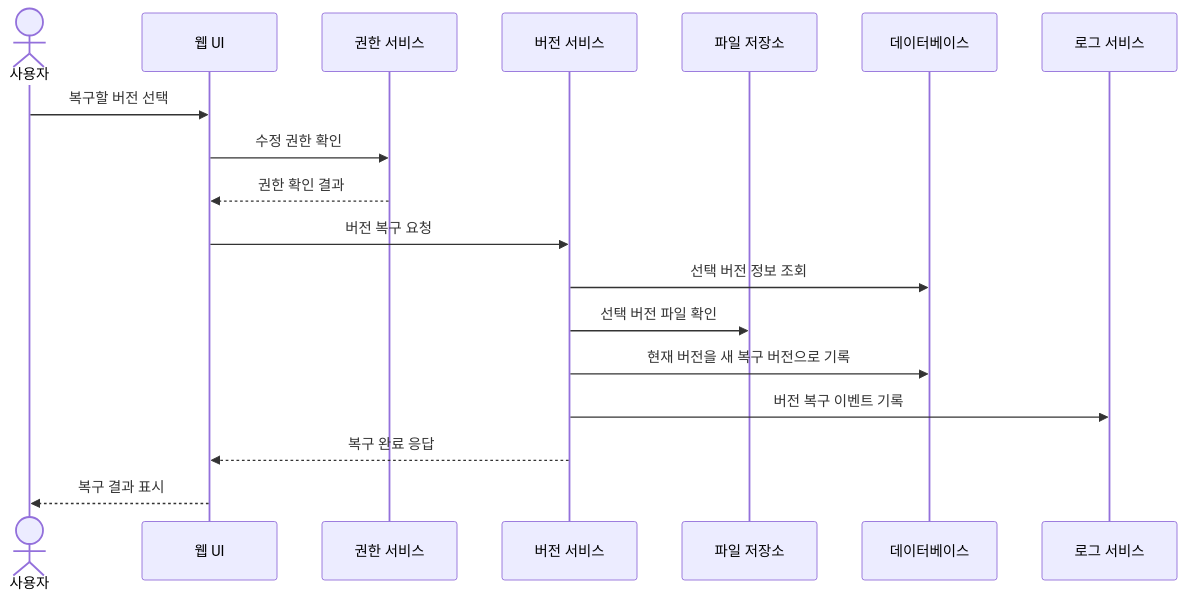
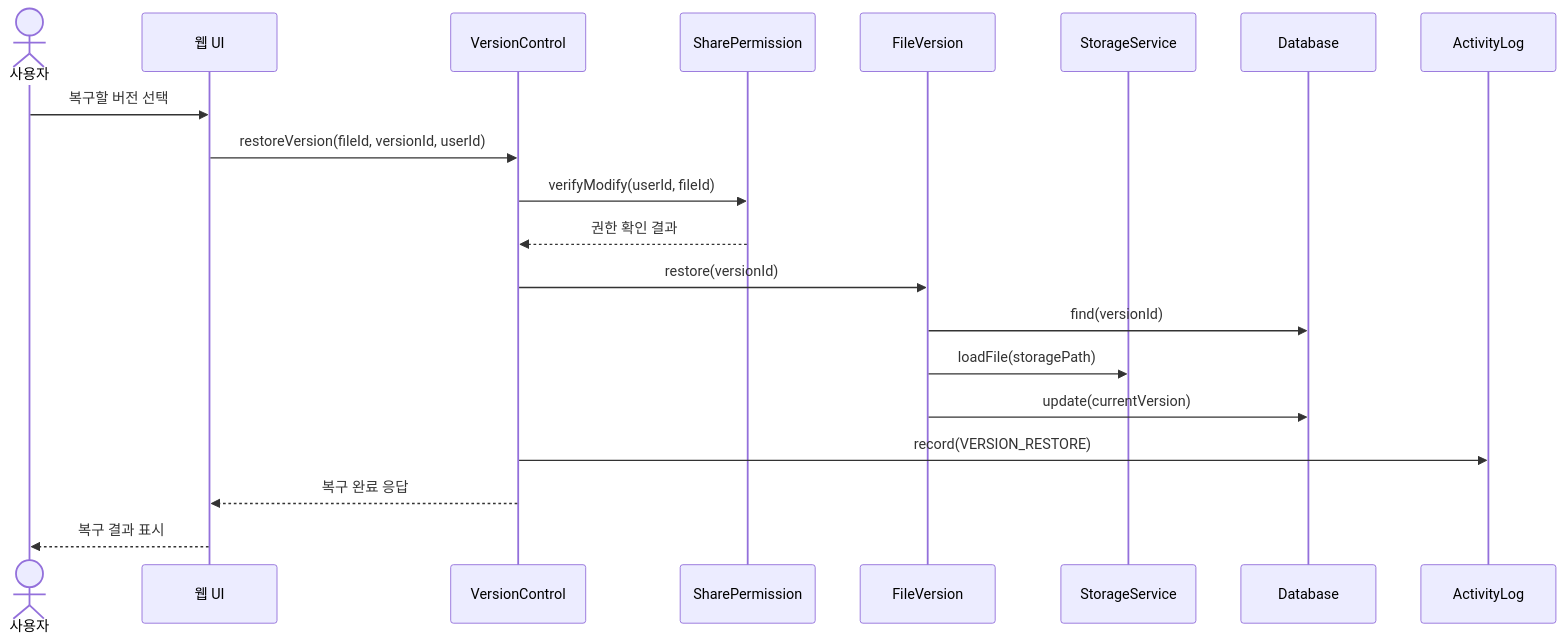
Before and after one commit to trymimi/se: the diagram in doc/diagrams/sequence-version.mmd, drawn with Mermaid. The commit also changed 14 other files, not shown here.

Commit message:
요구사항 분석서: control 클래스 추가 및 다이어그램 정합

```diff
--- a/doc/diagrams/sequence-version.mmd
+++ b/doc/diagrams/sequence-version.mmd
@@ -1,19 +1,21 @@
 sequenceDiagram
     actor 사용자
     participant UI as 웹 UI
-    participant Auth as 권한 서비스
-    participant Version as 버전 서비스
-    participant Storage as 파일 저장소
-    participant DB as 데이터베이스
-    participant Log as 로그 서비스
+    participant Ctrl as VersionControl
+    participant Perm as SharePermission
+    participant Ver as FileVersion
+    participant Storage as StorageService
+    participant DB as Database
+    participant Log as ActivityLog
 
     사용자->>UI: 복구할 버전 선택
-    UI->>Auth: 수정 권한 확인
-    Auth-->>UI: 권한 확인 결과
-    UI->>Version: 버전 복구 요청
-    Version->>DB: 선택 버전 정보 조회
-    Version->>Storage: 선택 버전 파일 확인
-    Version->>DB: 현재 버전을 새 복구 버전으로 기록
-    Version->>Log: 버전 복구 이벤트 기록
-    Version-->>UI: 복구 완료 응답
+    UI->>Ctrl: restoreVersion(fileId, versionId, userId)
+    Ctrl->>Perm: verifyModify(userId, fileId)
+    Perm-->>Ctrl: 권한 확인 결과
+    Ctrl->>Ver: restore(versionId)
+    Ver->>DB: find(versionId)
+    Ver->>Storage: loadFile(storagePath)
+    Ver->>DB: update(currentVersion)
+    Ctrl->>Log: record(VERSION_RESTORE)
+    Ctrl-->>UI: 복구 완료 응답
     UI-->>사용자: 복구 결과 표시
```
